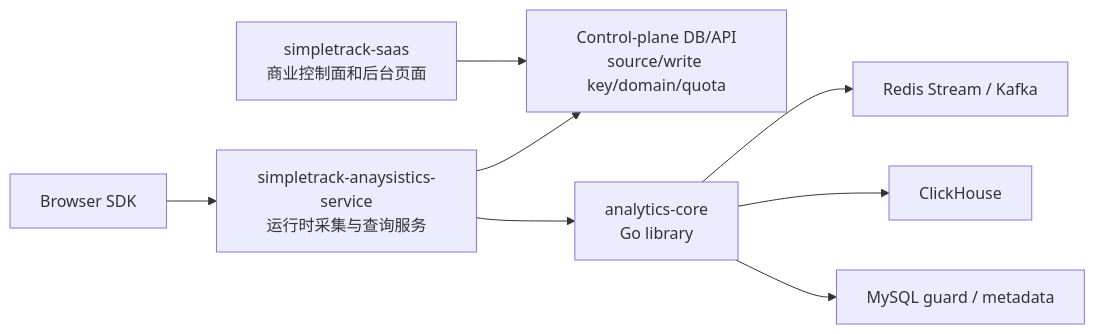
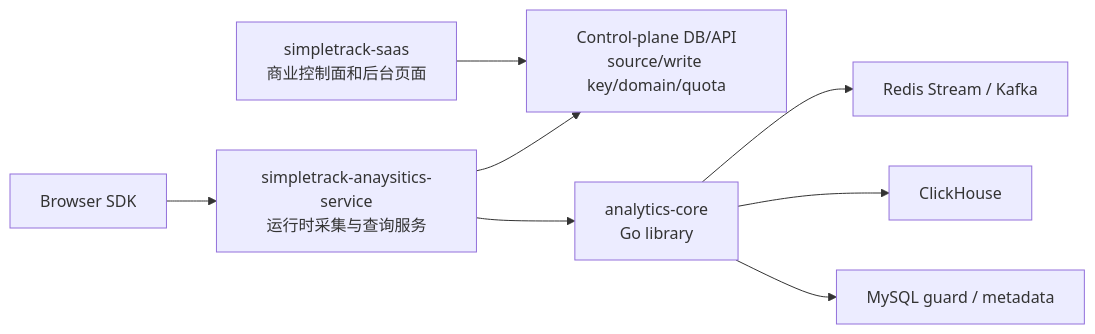
Before and after one commit to RoggerZ/uba: the diagram in simpletrack/docs/实施决策/SimpleTrack分析服务职责边界.md, drawn with Mermaid. The commit also changed other lines of this file and 5 other files, not shown here.

````diff
--- a/simpletrack/docs/实施决策/SimpleTrack分析服务职责边界.md
+++ b/simpletrack/docs/实施决策/SimpleTrack分析服务职责边界.md
@@ -19,10 +19,10 @@
 ```mermaid
 flowchart LR
-  SDK["Browser SDK"] --> AS["simpletrack-anaysistics-service<br/>运行时采集与查询服务"]
+  SDK["Browser SDK"] --> AS["simpletrack-anaysitics-service<br/>运行时采集与查询服务"]
   SaaS["simpletrack-saas<br/>商业控制面和后台页面"] --> Config["Control-plane DB/API<br/>source/write key/domain/quota"]
   AS --> Config
   AS --> Core["analytics-core<br/>Go library"]
   Core --> Redis["Redis Stream / Kafka"]
   Core --> CH["ClickHouse"]
   Core --> MySQL["MySQL guard / metadata"]
 ```
````
